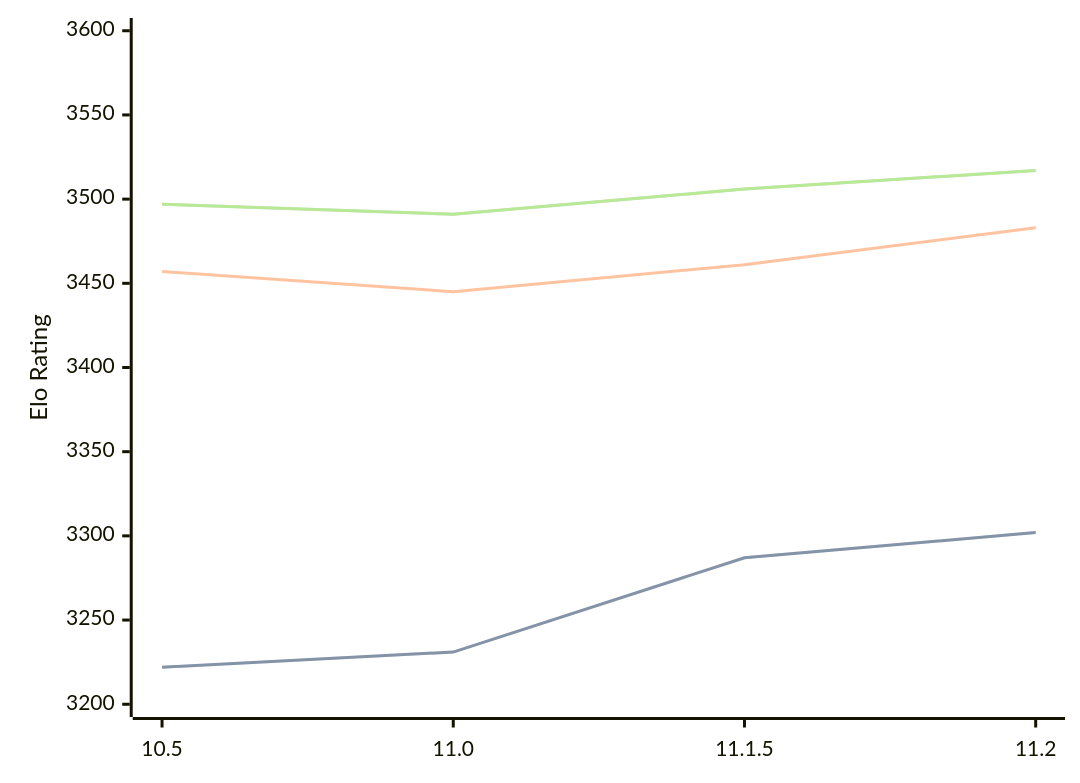
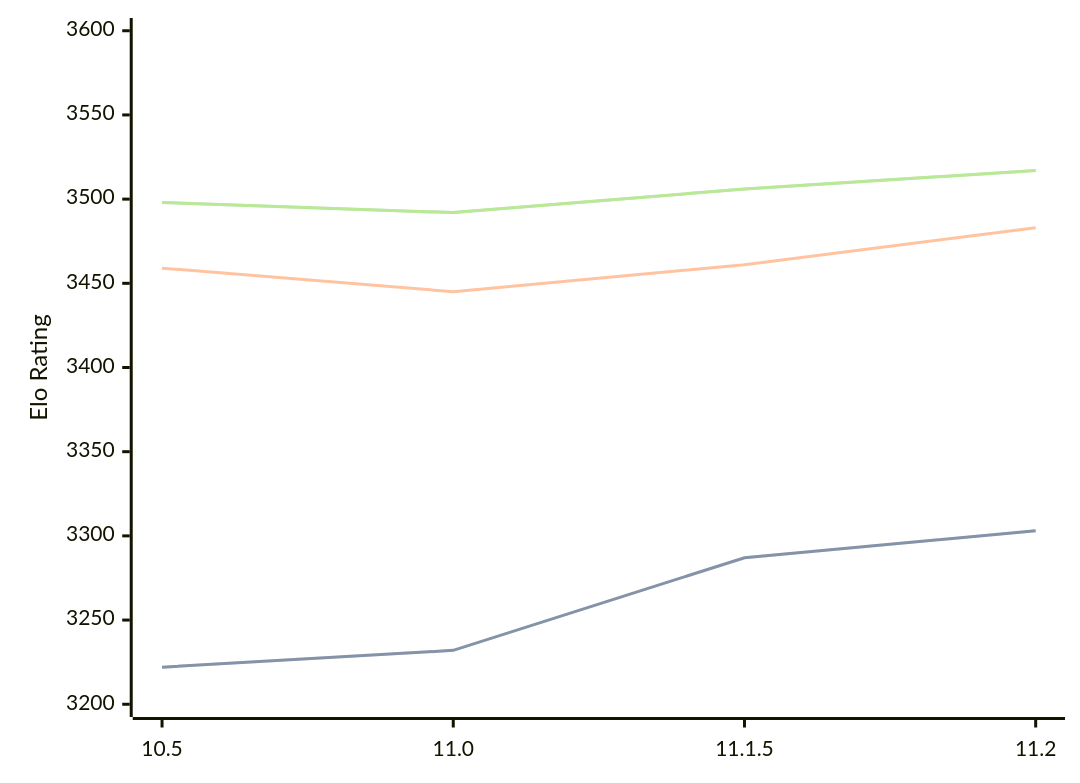
One commit to computer-chess-index/cci changed the diagram in engines/Lizard.md. Above: the diagram before and after it, drawn with Mermaid. The commit also changed other lines of this file, not shown here.

Commit message:
Update CCI Ratings (ELO VLTC) - 2026-08-27

````diff
--- a/engines/Lizard.md
+++ b/engines/Lizard.md
@@ -34,11 +34,11 @@
 ```mermaid
 %%{init: {"theme":"base","themeVariables":{"seriesColors:['#a3a3a3','#222221','#faa371']}}}%%
 xychart-beta
   x-axis ["10.5", "11.0", "11.1.5", "11.2"]
   y-axis "Elo Rating" 3200 --> 3600
-  line "STC (8.0+0.08s)" [3222, 3231, 3287, 3302]
-  line "STC (8.0+0.08s)" [3222, 3231, 3287, 3302]
-  line "LTC (60.0+0.60s)" [3457, 3445, 3461, 3483]
-  line "VLTC (2m24s+1.12s)" [3497, 3491, 3506, 3517]
-  line "VLTC (2m24s+1.12s)" [3497, 3491, 3506, 3517]
+  line "STC (8.0+0.08s)" [3222, 3232, 3287, 3303]
+  line "STC (8.0+0.08s)" [3222, 3232, 3287, 3303]
+  line "LTC (60.0+0.60s)" [3459, 3445, 3461, 3483]
+  line "VLTC (2m24s+1.12s)" [3498, 3492, 3506, 3517]
+  line "VLTC (2m24s+1.12s)" [3498, 3492, 3506, 3517]
 ```
````
